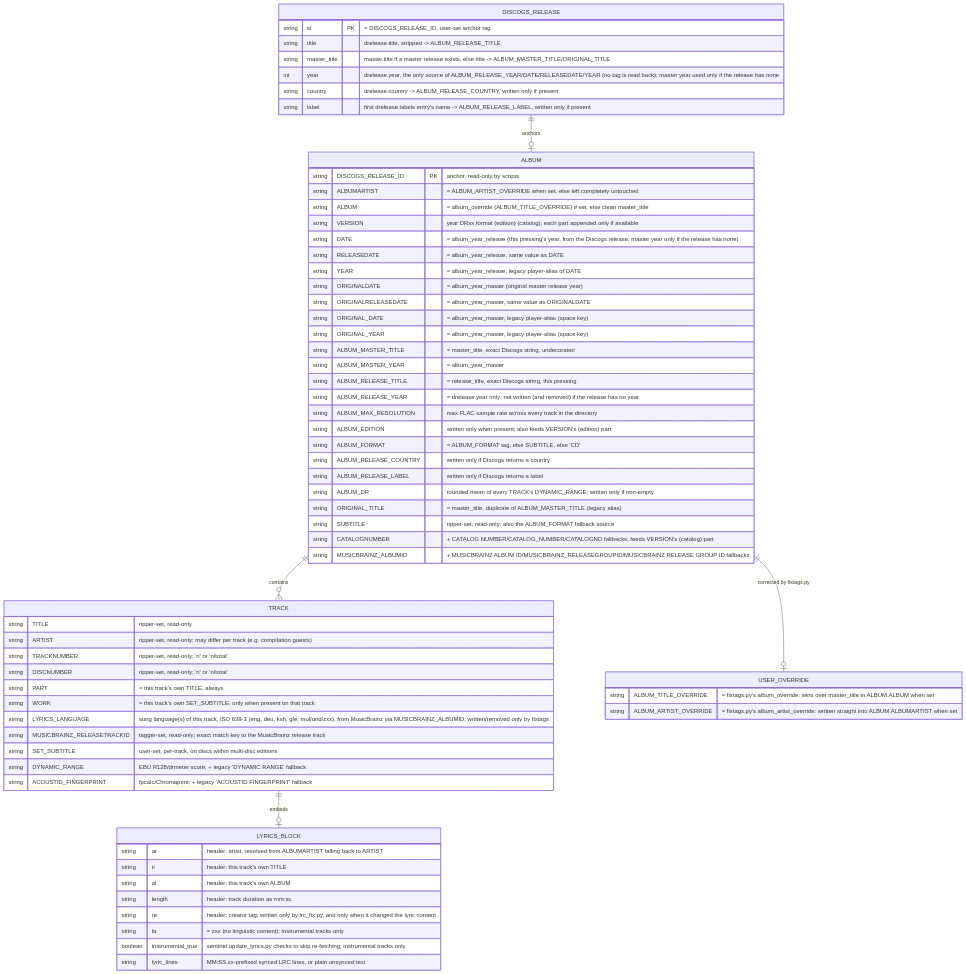
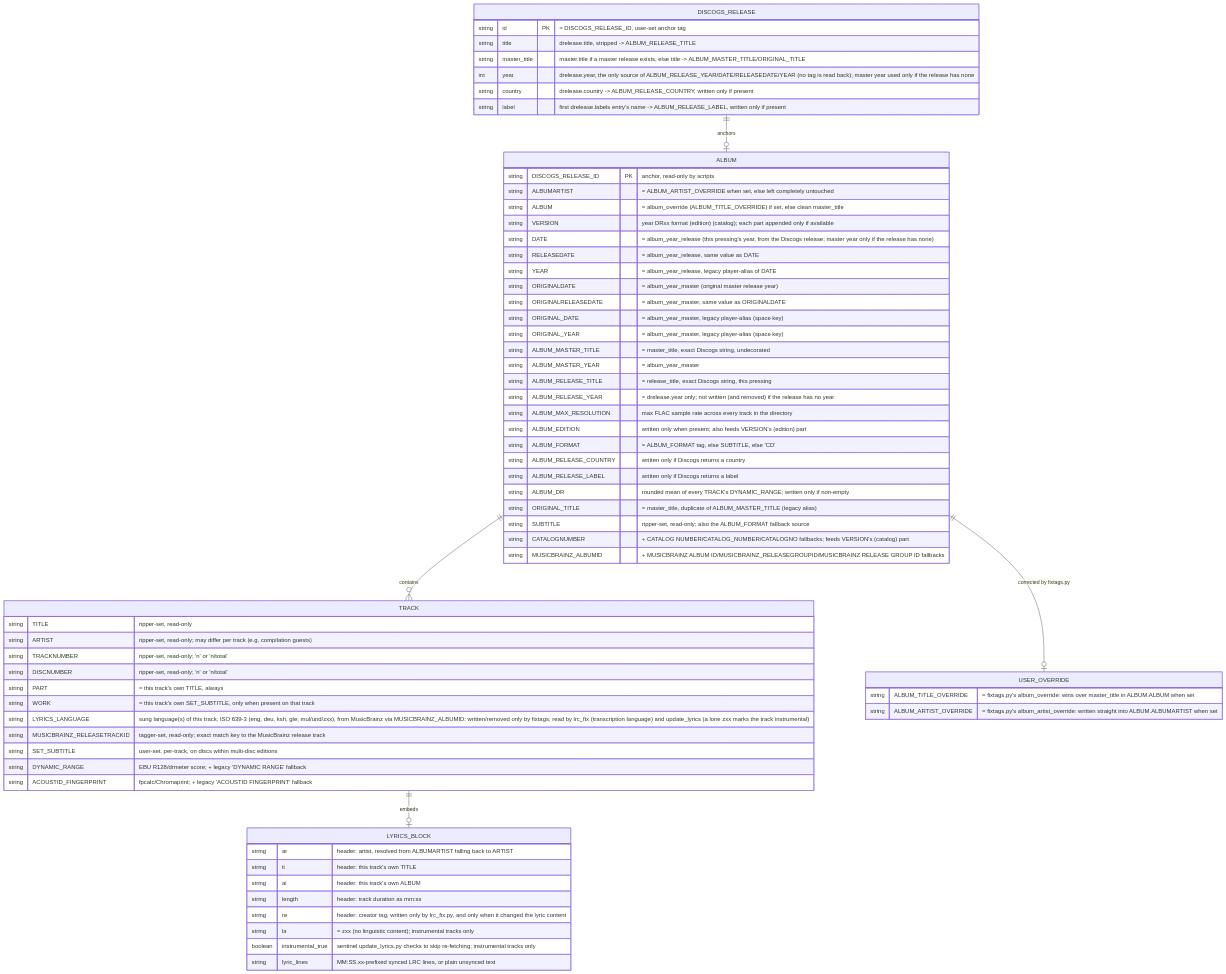
One commit to koehntopp/discogs changed the diagram in docs/tag-schema.md. Above: the diagram before and after it, drawn with Mermaid. The commit also changed 5 other files, not shown here.

Commit message:
feat: update_lyrics marks tracks tagged LYRICS_LANGUAGE=zxx instrumental without asking lrclib

````diff
--- a/docs/tag-schema.md
+++ b/docs/tag-schema.md
@@ -7,74 +7,74 @@
 ```mermaid
 erDiagram
     DISCOGS_RELEASE ||--o| ALBUM : anchors
     ALBUM ||--o{ TRACK : contains
     ALBUM ||--o| USER_OVERRIDE : "corrected by fixtags.py"
     TRACK ||--o| LYRICS_BLOCK : embeds
 
     DISCOGS_RELEASE {
         string id PK "= DISCOGS_RELEASE_ID, user-set anchor tag"
         string title "drelease.title, stripped -> ALBUM_RELEASE_TITLE"
         string master_title "master.title if a master release exists, else title -> ALBUM_MASTER_TITLE/ORIGINAL_TITLE"
         int year "drelease.year, the only source of ALBUM_RELEASE_YEAR/DATE/RELEASEDATE/YEAR (no tag is read back); master year used only if the release has none"
         string country "drelease.country -> ALBUM_RELEASE_COUNTRY, written only if present"
         string label "first drelease.labels entry's name -> ALBUM_RELEASE_LABEL, written only if present"
     }
 
     USER_OVERRIDE {
         string ALBUM_TITLE_OVERRIDE "= fixtags.py's album_override: wins over master_title in ALBUM.ALBUM when set"
         string ALBUM_ARTIST_OVERRIDE "= fixtags.py's album_artist_override: written straight into ALBUM.ALBUMARTIST when set"
     }
 
     ALBUM {
         string DISCOGS_RELEASE_ID PK "anchor, read-only by scripts"
         string ALBUMARTIST "= ALBUM_ARTIST_OVERRIDE when set, else left completely untouched"
         string ALBUM "= album_override (ALBUM_TITLE_OVERRIDE) if set, else clean master_title"
         string VERSION "year DRxx format (edition) (catalog); each part appended only if available"
         string DATE "= album_year_release (this pressing's year, from the Discogs release; master year only if the release has none)"
         string RELEASEDATE "= album_year_release, same value as DATE"
         string YEAR "= album_year_release, legacy player-alias of DATE"
         string ORIGINALDATE "= album_year_master (original master release year)"
         string ORIGINALRELEASEDATE "= album_year_master, same value as ORIGINALDATE"
         string ORIGINAL_DATE "= album_year_master, legacy player-alias (space key)"
         string ORIGINAL_YEAR "= album_year_master, legacy player-alias (space key)"
         string ALBUM_MASTER_TITLE "= master_title, exact Discogs string, undecorated"
         string ALBUM_MASTER_YEAR "= album_year_master"
         string ALBUM_RELEASE_TITLE "= release_title, exact Discogs string, this pressing"
         string ALBUM_RELEASE_YEAR "= drelease.year only; not written (and removed) if the release has no year"
         string ALBUM_MAX_RESOLUTION "max FLAC sample rate across every track in the directory"
         string ALBUM_EDITION "written only when present; also feeds VERSION's (edition) part"
         string ALBUM_FORMAT "= ALBUM_FORMAT tag, else SUBTITLE, else 'CD'"
         string ALBUM_RELEASE_COUNTRY "written only if Discogs returns a country"
         string ALBUM_RELEASE_LABEL "written only if Discogs returns a label"
         string ALBUM_DR "rounded mean of every TRACK's DYNAMIC_RANGE; written only if non-empty"
         string ORIGINAL_TITLE "= master_title, duplicate of ALBUM_MASTER_TITLE (legacy alias)"
         string SUBTITLE "ripper-set, read-only; also the ALBUM_FORMAT fallback source"
         string CATALOGNUMBER "+ CATALOG NUMBER/CATALOG_NUMBER/CATALOGNO fallbacks; feeds VERSION's (catalog) part"
         string MUSICBRAINZ_ALBUMID "+ MUSICBRAINZ ALBUM ID/MUSICBRAINZ_RELEASEGROUPID/MUSICBRAINZ RELEASE GROUP ID fallbacks"
     }
 
     TRACK {
         string TITLE "ripper-set, read-only"
         string ARTIST "ripper-set, read-only; may differ per track (e.g. compilation guests)"
         string TRACKNUMBER "ripper-set, read-only; 'n' or 'n/total'"
         string DISCNUMBER "ripper-set, read-only; 'n' or 'n/total'"
         string PART "= this track's own TITLE, always"
         string WORK "= this track's own SET_SUBTITLE, only when present on that track"
-        string LYRICS_LANGUAGE "sung language(s) of this track, ISO 639-3 (eng, deu, ksh, gle; mul/und/zxx), from MusicBrainz via MUSICBRAINZ_ALBUMID; written/removed only by fixtags"
+        string LYRICS_LANGUAGE "sung language(s) of this track, ISO 639-3 (eng, deu, ksh, gle; mul/und/zxx), from MusicBrainz via MUSICBRAINZ_ALBUMID; written/removed only by fixtags; read by lrc_fix (transcription language) and update_lyrics (a lone zxx marks the track instrumental)"
         string MUSICBRAINZ_RELEASETRACKID "tagger-set, read-only; exact match key to the MusicBrainz release track"
         string SET_SUBTITLE "user-set, per-track, on discs within multi-disc editions"
         string DYNAMIC_RANGE "EBU R128/drmeter score; + legacy 'DYNAMIC RANGE' fallback"
         string ACOUSTID_FINGERPRINT "fpcalc/Chromaprint; + legacy 'ACOUSTID FINGERPRINT' fallback"
     }
 
     LYRICS_BLOCK {
         string ar "header: artist, resolved from ALBUMARTIST falling back to ARTIST"
         string ti "header: this track's own TITLE"
         string al "header: this track's own ALBUM"
         string length "header: track duration as mm:ss"
         string re "header: creator tag; written only by lrc_fix.py, and only when it changed the lyric content"
         string la "= zxx (no linguistic content); instrumental tracks only"
         boolean instrumental_true "sentinel update_lyrics.py checks to skip re-fetching; instrumental tracks only"
         string lyric_lines "MM:SS.xx-prefixed synced LRC lines, or plain unsynced text"
     }
 ```
````
